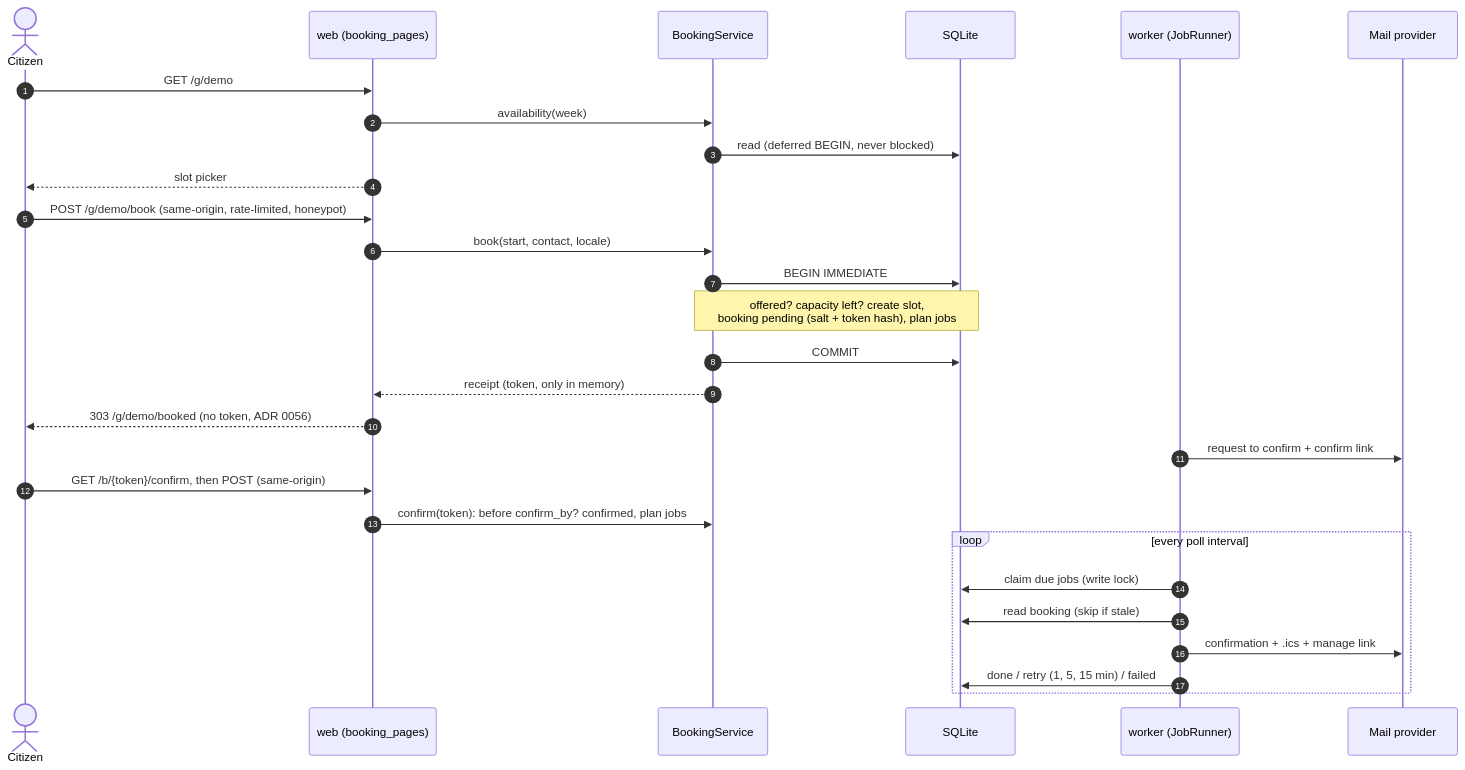
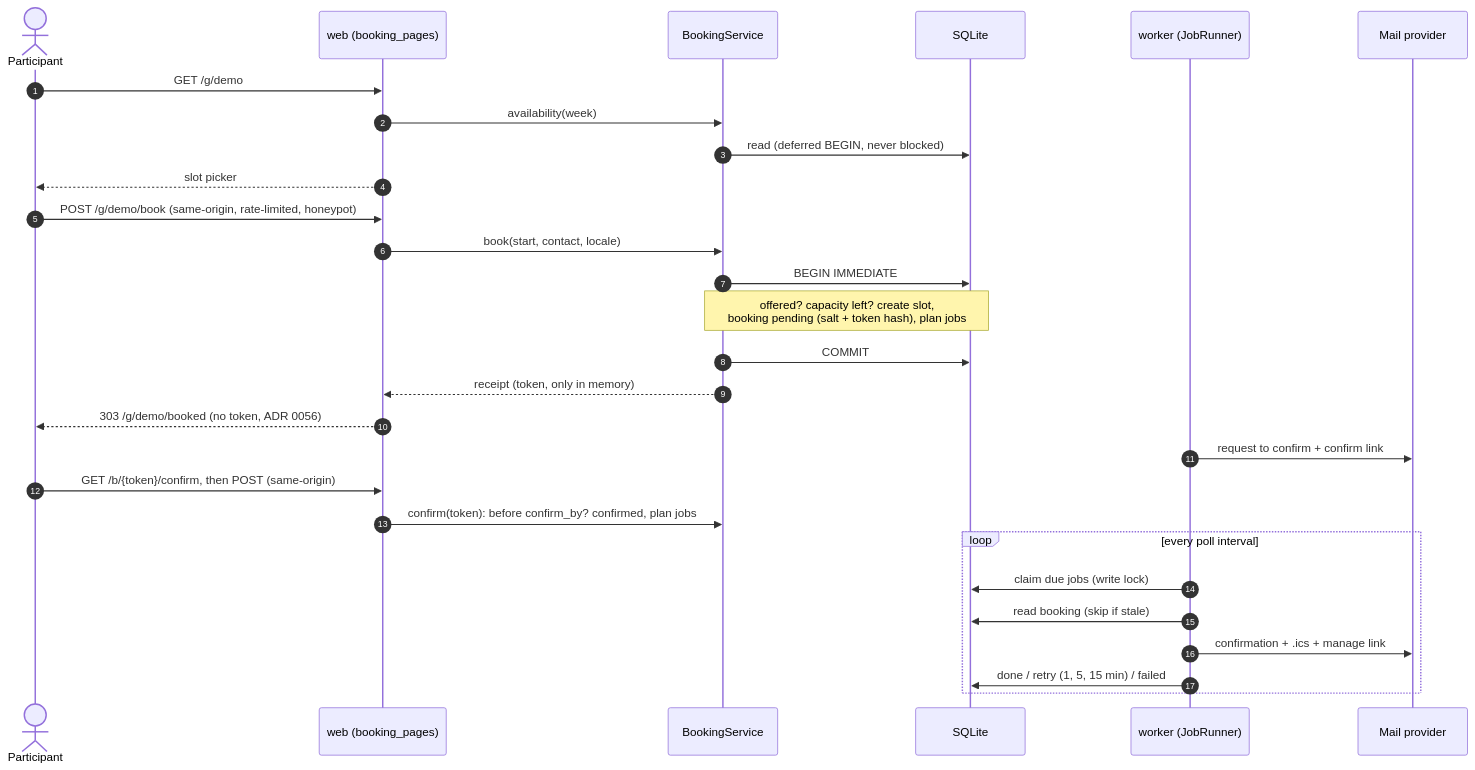
Before and after one commit to 3Corners-Labs/OpenPlanner: the sixth of 14 diagrams in docs/architecture.md, drawn with Mermaid. The commit also changed other lines of this file and 12 other files, not shown here.

````diff
--- a/docs/architecture.md
+++ b/docs/architecture.md
@@ -427,31 +438,31 @@
 ```mermaid
 sequenceDiagram
     autonumber
-    actor C as Citizen
+    actor C as Participant
     participant W as web (booking_pages)
     participant S as BookingService
     participant DB as SQLite
     participant K as worker (JobRunner)
     participant M as Mail provider
 
     C->>W: GET /g/demo
     W->>S: availability(week)
     S->>DB: read (deferred BEGIN, never blocked)
     W-->>C: slot picker
     C->>W: POST /g/demo/book (same-origin, rate-limited, honeypot)
     W->>S: book(start, contact, locale)
     S->>DB: BEGIN IMMEDIATE
     Note over S,DB: offered? capacity left? create slot,<br/>booking pending (salt + token hash), plan jobs
     S->>DB: COMMIT
     S-->>W: receipt (token, only in memory)
     W-->>C: 303 /g/demo/booked (no token, ADR 0056)
     K->>M: request to confirm + confirm link
     C->>W: GET /b/{token}/confirm, then POST (same-origin)
     W->>S: confirm(token): before confirm_by? confirmed, plan jobs
     loop every poll interval
         K->>DB: claim due jobs (write lock)
         K->>DB: read booking (skip if stale)
         K->>M: confirmation + .ics + manage link
         K->>DB: done / retry (1, 5, 15 min) / failed
     end
 ```
````
